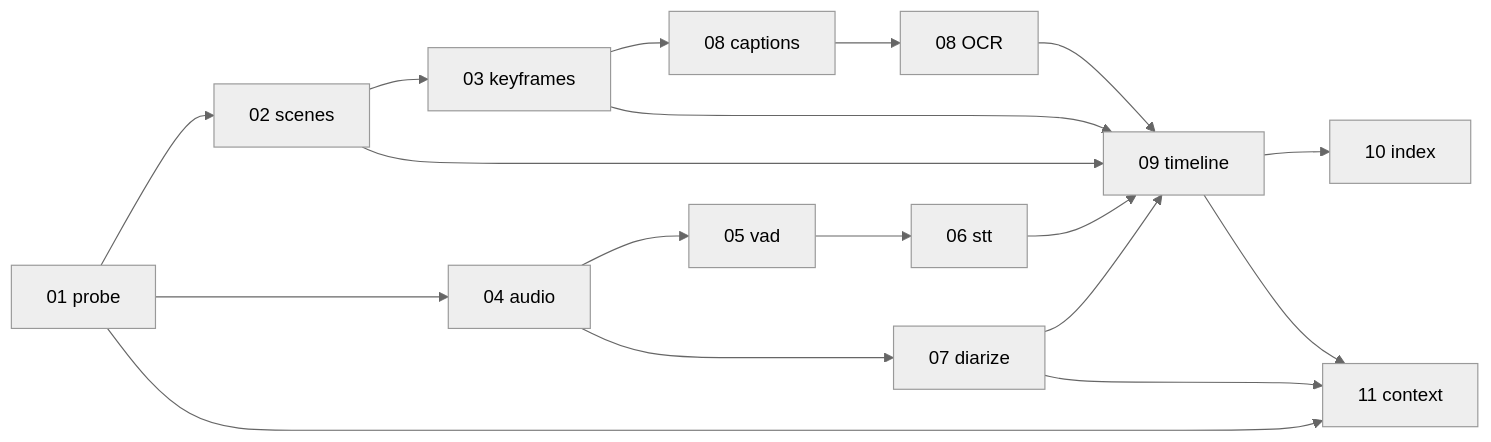
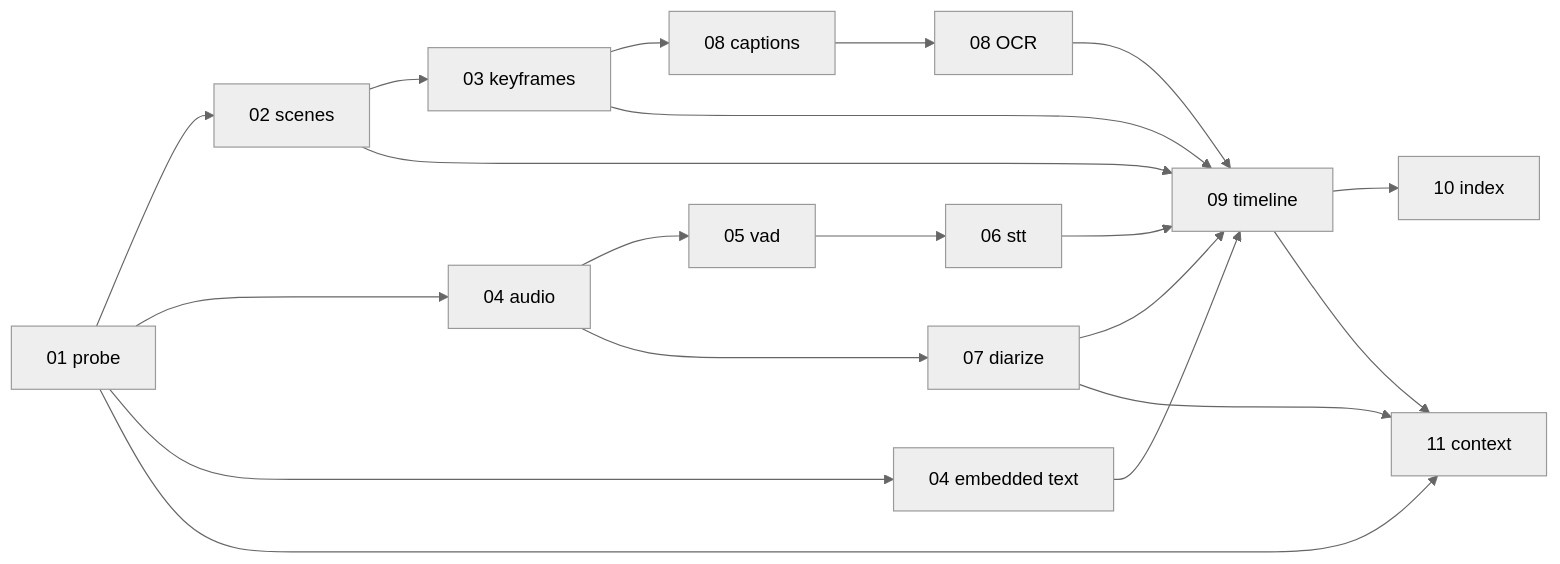
One commit to haesookimDev/video-preprocess changed the second of 2 diagrams in docs/06-target-architecture.md. Above: the diagram before and after it, drawn with Mermaid (neutral theme). The commit also changed other lines of this file and 8 other files, not shown here.

First line of the commit message:
docs: document embedded text architecture

````diff
--- a/docs/06-target-architecture.md
+++ b/docs/06-target-architecture.md
@@ -164,16 +164,18 @@
 ```mermaid
 flowchart LR
     S01[01 probe] --> S02[02 scenes] --> S03[03 keyframes] --> S08C[08 captions]
     S08C --> S08O[08 OCR]
     S01 --> S04[04 audio] --> S05[05 vad] --> S06[06 stt]
+    S01 --> S04T[04 embedded text]
     S04 --> S07[07 diarize]
     S02 --> S09[09 timeline]
     S03 --> S09
     S06 --> S09
     S07 --> S09
     S08O --> S09
+    S04T --> S09
     S09 --> S10[10 index]
     S01 --> S11[11 context]
     S07 --> S11
     S09 --> S11
 ```
````
